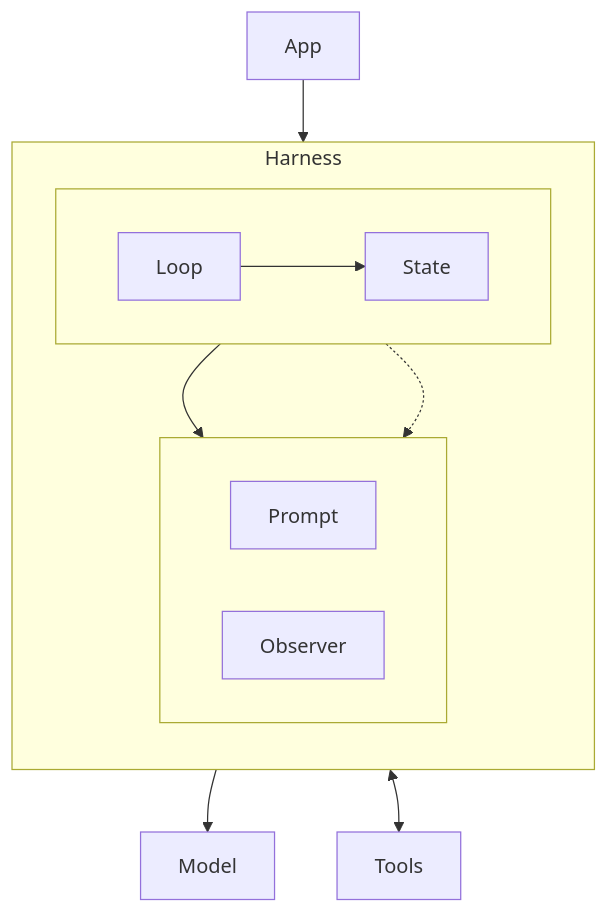
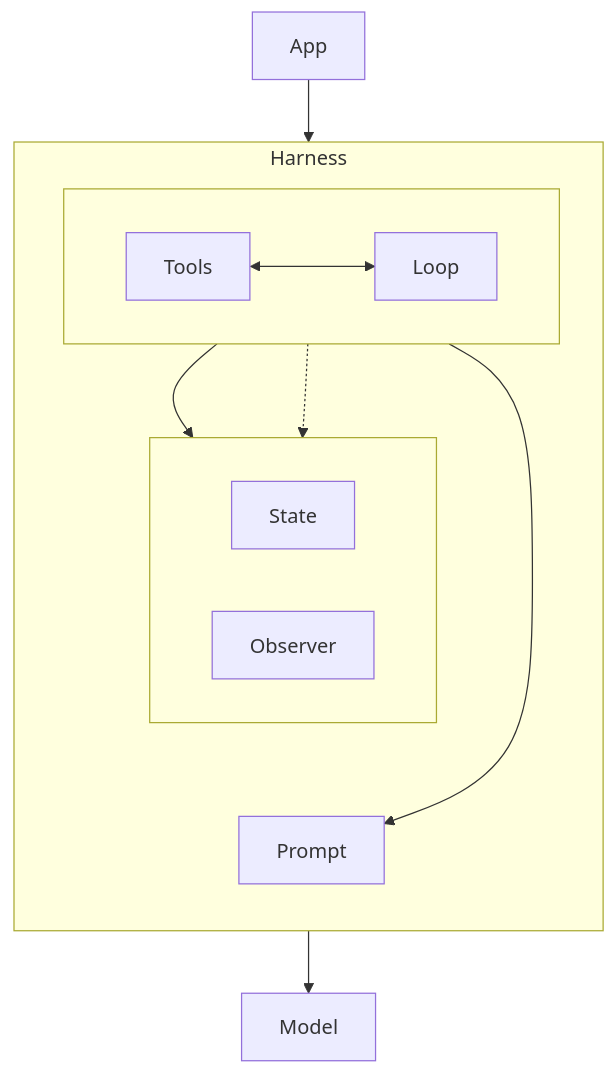
Before and after one commit to ninadpathak/ninadpathak: the diagram in content/diagrams/agent-harnesses/harness-layers.narrow.mmd, drawn with Mermaid. The commit also changed 209 other files, not shown here.

```diff
--- a/content/diagrams/agent-harnesses/harness-layers.narrow.mmd
+++ b/content/diagrams/agent-harnesses/harness-layers.narrow.mmd
@@ -1,36 +1,37 @@
 %% @width 288
 %% @kicker Harness layers
-%% @alt The agent harness sits between the application and the model. Inside it, the execution loop calls tools in both directions, checkpoints state, and logs every step to an observer, and the prompt assembler builds the prompt the model receives. The model only reasons.
+%% @alt The agent harness sits between the application and the model. Its five components are the execution loop, the tool registry the loop calls in both directions, the prompt assembler that builds the prompt the model receives, the state manager that holds checkpoints, and the observer that logs every step. The model only reasons.
 %% @path app>loop>prompt>llm
 %% @glyph app | window
 %% @glyph loop | loop w=44
 %% @glyph prompt | tokens w=44
 %% @glyph state | cells fill=0.55 flag w=44
 %% @glyph observer | eye w=44
 %% @glyph llm | core
-%% @glyph tools | tools
+%% @glyph tools | tools w=44
 %% @spacing 4,34
 flowchart TB
   app["App"]:::external
   subgraph harness [Harness]
     direction TB
     subgraph r1 [ ]
       direction LR
+      tools["Tools"]:::stack
       loop["Loop"]:::accent
-      state["State"]
     end
     subgraph r2 [ ]
       direction LR
-      prompt["Prompt"]:::accent
+      state["State"]
       observer["Observer"]
     end
+    prompt["Prompt"]:::accent
   end
   llm["Model"]:::focal
-  tools["Tools"]:::stack
   app --> loop
+  tools <--> loop
+  loop --> state
+  loop -.-> observer
   loop --> prompt
   prompt --> llm
-  loop --> state
-  loop -.-> observer
-  loop <--> tools
+  state ~~~ prompt
   class r1,r2 ghost
```
